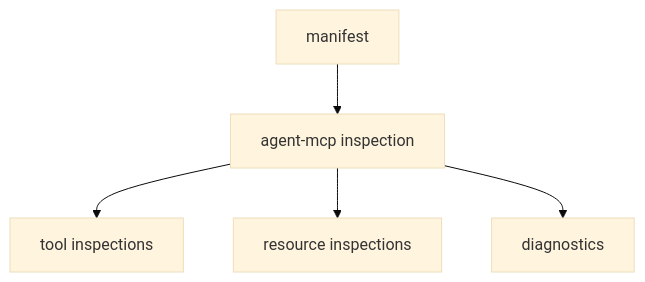
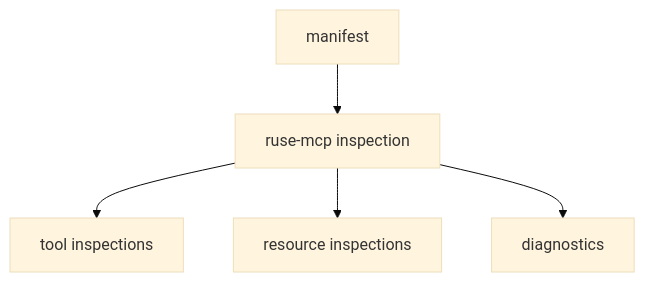
The diagram in docs/specs/M34-01-profile-inspection-contracts.spec.md (poneding/agent), drawn with Mermaid (base theme) before and after one commit. The commit also changed other lines of this file and 2091 other files, not shown here.

First line of the commit message:
refactor: rename agent branding to ruse

````diff
--- a/docs/specs/M34-01-profile-inspection-contracts.spec.md
+++ b/docs/specs/M34-01-profile-inspection-contracts.spec.md
@@ -29,7 +29,7 @@
 ```mermaid
 flowchart TD
-  Manifest["manifest"] --> Inspect["agent-mcp inspection"]
+  Manifest["manifest"] --> Inspect["ruse-mcp inspection"]
   Inspect --> Tools["tool inspections"]
   Inspect --> Resources["resource inspections"]
   Inspect --> Diagnostics["diagnostics"]
 ```
````
